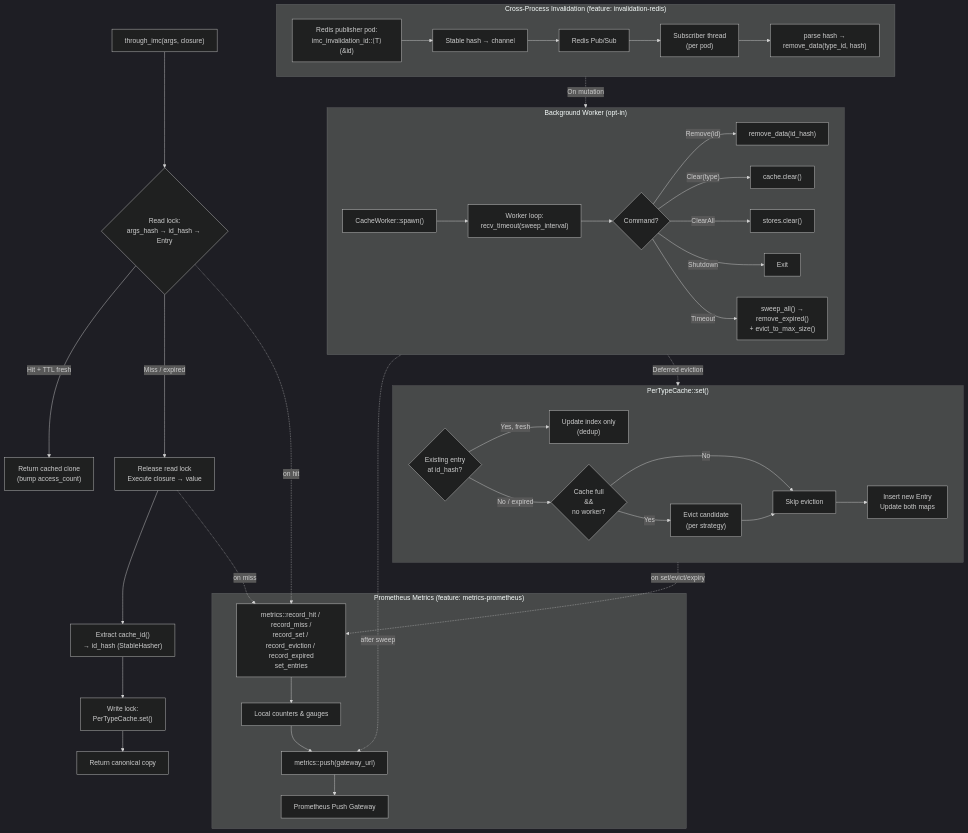
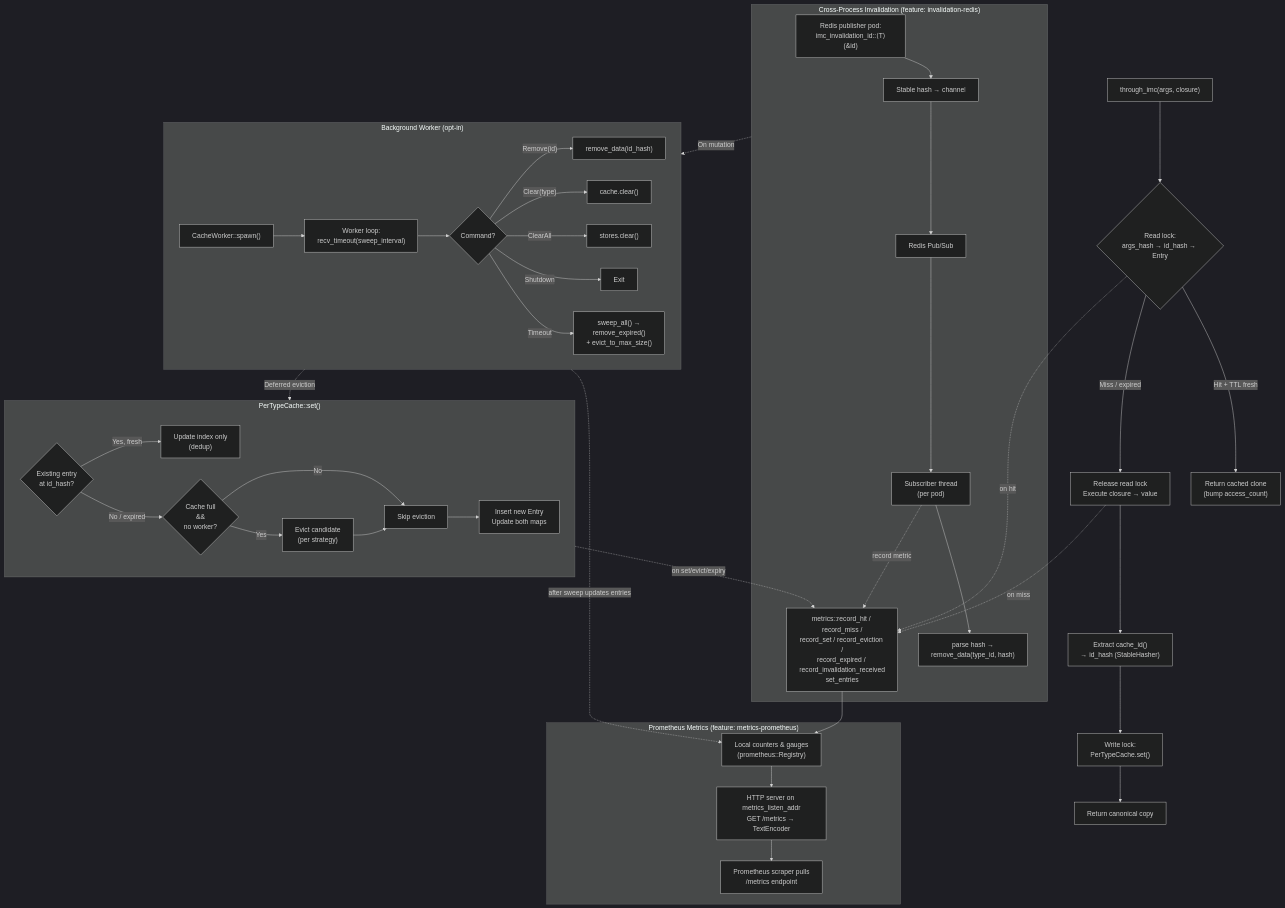
One commit to gaurav1704/rust-imc changed the diagram in README.md. Above: the diagram before and after it, drawn with Mermaid (dark theme). The commit also changed other lines of this file and 6 other files, not shown here.

Commit message:
Switch metrics from push gateway to pull HTTP scrape; add invalidation metric; update README diagram and docs

````diff
--- a/README.md
+++ b/README.md
@@ -81,50 +82,51 @@
 ```mermaid
 flowchart TD
     A["through_imc(args, closure)"] --> B{"Read lock:<br/>args_hash → id_hash → Entry"}
     B -->|"Hit + TTL fresh"| C["Return cached clone<br/>(bump access_count)"]
     B -->|"Miss / expired"| D["Release read lock<br/>Execute closure → value"]
     D --> E["Extract cache_id()<br/>→ id_hash (StableHasher)"]
     E --> F["Write lock:<br/>PerTypeCache.set()"]
 
     subgraph G["PerTypeCache::set()"]
         H{"Existing entry<br/>at id_hash?"} -->|"Yes, fresh"| I["Update index only<br/>(dedup)"]
         H -->|"No / expired"| J{"Cache full<br/>&&<br/>no worker?"}
         J -->|"Yes"| K["Evict candidate<br/>(per strategy)"]
         J -->|"No"| L["Skip eviction"]
         K --> L
         L --> M["Insert new Entry<br/>Update both maps"]
     end
 
     F --> N["Return canonical copy"]
 
     subgraph O["Background Worker (opt-in)"]
         P["CacheWorker::spawn()"] --> Q["Worker loop:<br/>recv_timeout(sweep_interval)"]
         Q --> R{"Command?"}
         R -->|"Remove(id)"| S["remove_data(id_hash)"]
         R -->|"Clear(type)"| T["cache.clear()"]
         R -->|"ClearAll"| U["stores.clear()"]
         R -->|"Shutdown"| V["Exit"]
         R -->|"Timeout"| W["sweep_all() →<br/>remove_expired()<br/>+ evict_to_max_size()"]
     end
 
     subgraph X["Cross-Process Invalidation (feature: invalidation-redis)"]
         Y["Redis publisher pod:<br/>imc_invalidation_id::⟨T⟩(&id)"] --> Z["Stable hash → channel"]
         Z --> AA["Redis Pub/Sub"]
         AA --> AB["Subscriber thread<br/>(per pod)"]
         AB --> AC["parse hash →<br/>remove_data(type_id, hash)"]
+        AB -.->|"record metric"| PE
     end
 
     subgraph PD["Prometheus Metrics (feature: metrics-prometheus)"]
-        PE["metrics::record_hit / record_miss /<br/>record_set / record_eviction / record_expired<br/>set_entries"] --> PF["Local counters & gauges"]
-        PF --> PG["metrics::push(gateway_url)"]
-        PG --> PH["Prometheus Push Gateway"]
+        PE["metrics::record_hit / record_miss /<br/>record_set / record_eviction /<br/>record_expired / record_invalidation_received<br/>set_entries"] --> PF["Local counters & gauges<br/>(prometheus::Registry)"]
+        PF --> PG["HTTP server on metrics_listen_addr<br/>GET /metrics → TextEncoder"]
+        PG --> PH["Prometheus scraper pulls<br/> /metrics endpoint"]
     end
 
     B -.->|"on hit"| PE
     D -.->|"on miss"| PE
     G -.->|"on set/evict/expiry"| PE
-    O -.->|"after sweep"| PG
+    O -.->|"after sweep updates entries"| PF
 
     O -.->|"Deferred eviction"| G
     X -.->|"On mutation"| O
 ```
````
